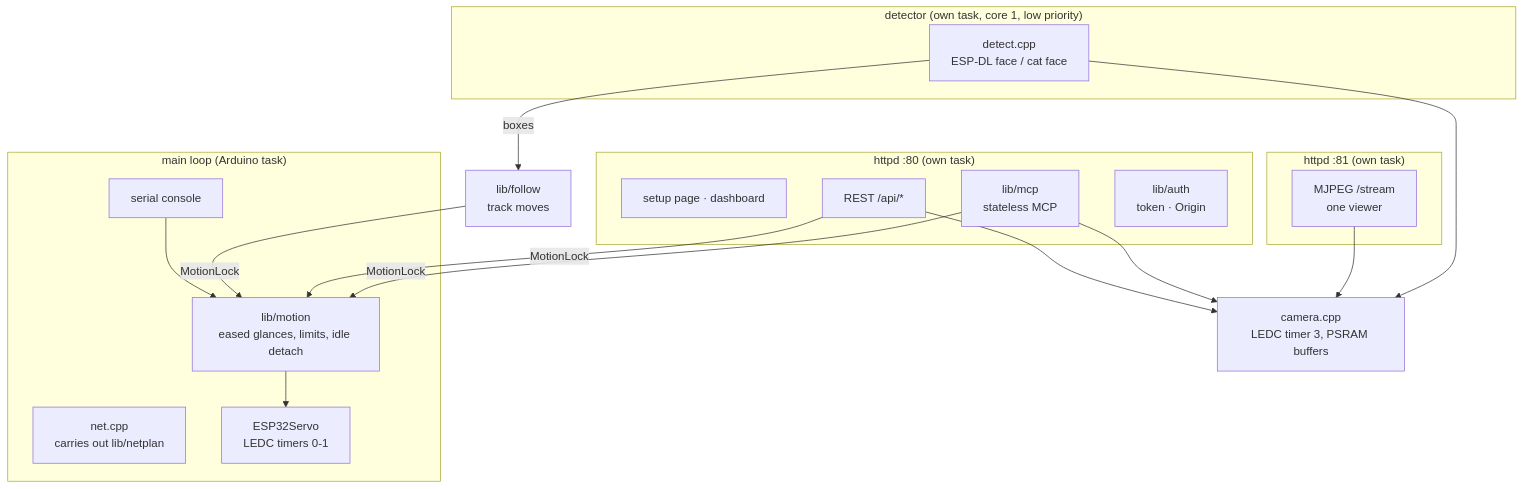
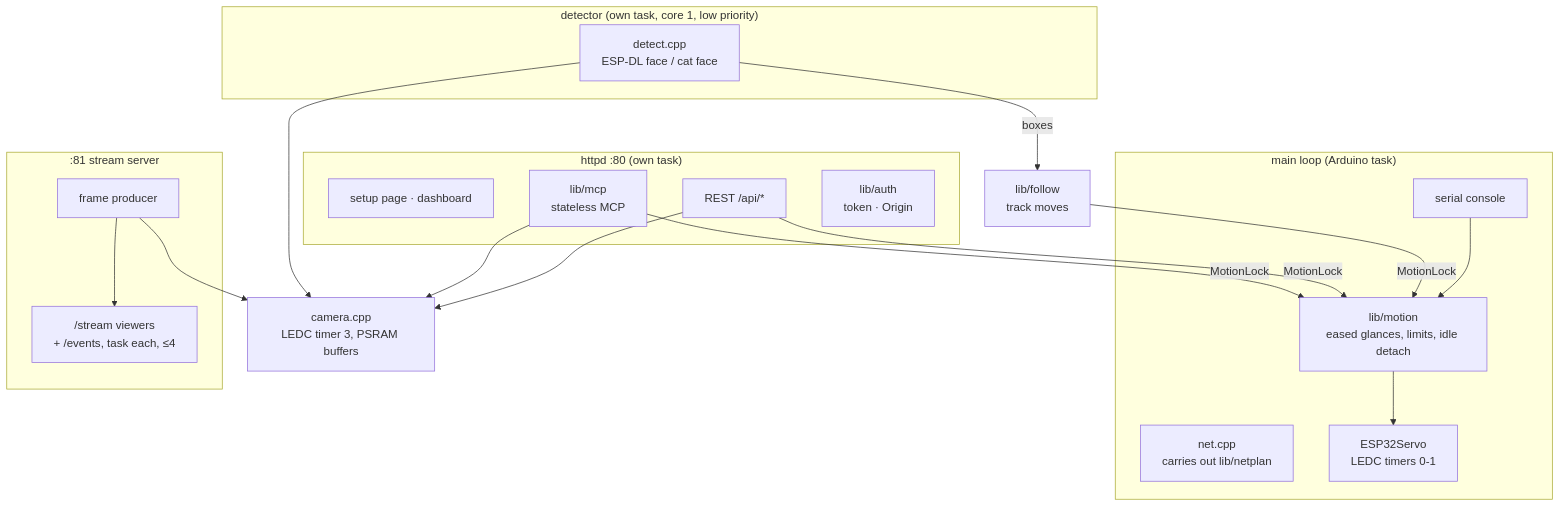
Before and after one commit to alexnodeland/lynx: the second of 4 diagrams in docs/architecture.md, drawn with Mermaid. The commit also changed other lines of this file and 16 other files, not shown here.

First line of the commit message:
feat: several viewers at once, and pushed status events

````diff
--- a/docs/architecture.md
+++ b/docs/architecture.md
@@ -33,28 +33,28 @@
 ```mermaid
 flowchart TB
   subgraph loop["main loop (Arduino task)"]
     SERIAL["serial console"] --> MOTION
     NET["net.cpp<br/>carries out lib/netplan"]
     MOTION["lib/motion<br/>eased glances, limits, idle detach"] --> PWM["ESP32Servo<br/>LEDC timers 0-1"]
   end
   subgraph http80["httpd :80 (own task)"]
     PAGES["setup page · dashboard"]
     REST["REST /api/*"]
     MCP["lib/mcp<br/>stateless MCP"]
     AUTH["lib/auth<br/>token · Origin"]
   end
   subgraph det["detector (own task, core 1, low priority)"]
     DETECT["detect.cpp<br/>ESP-DL face / cat face"]
   end
   DETECT -- "boxes" --> FOLLOW["lib/follow<br/>track moves"]
   FOLLOW -- "MotionLock" --> MOTION
-  subgraph http81["httpd :81 (own task)"]
-    STREAM["MJPEG /stream<br/>one viewer"]
+  subgraph s81[":81 stream server"]
+    PRODUCER["frame producer"] --> STREAM["/stream viewers<br/>+ /events, task each, ≤4"]
   end
   REST -- "MotionLock" --> MOTION
   MCP -- "MotionLock" --> MOTION
   REST --> CAMERA["camera.cpp<br/>LEDC timer 3, PSRAM buffers"]
   MCP --> CAMERA
-  STREAM --> CAMERA
+  PRODUCER --> CAMERA
   DETECT --> CAMERA
 ```
````
